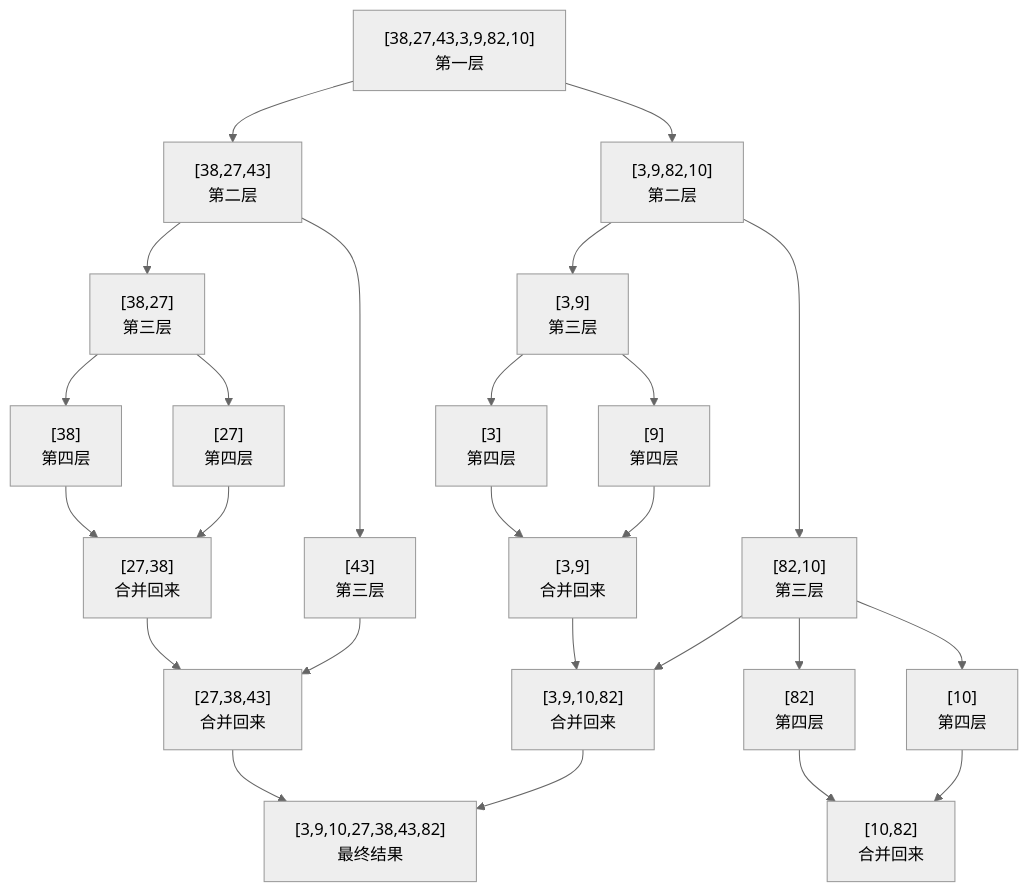
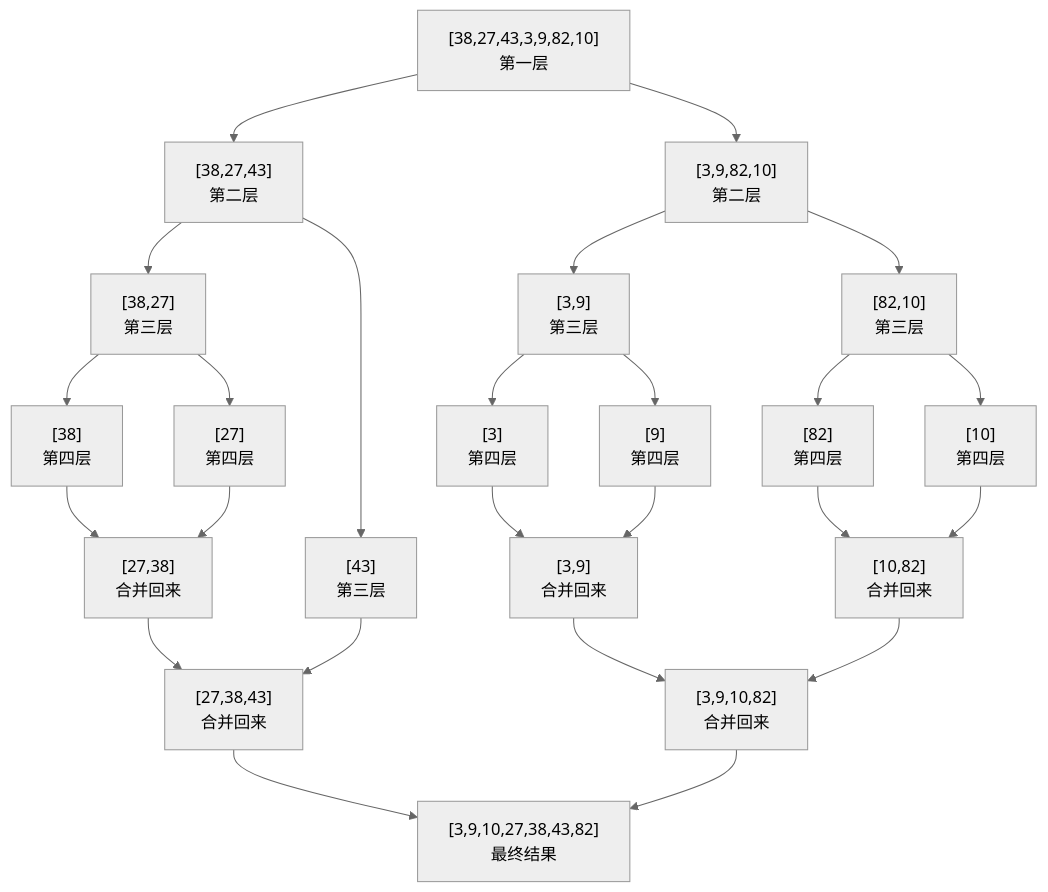
One commit to before80/prgms changed the first of 4 diagrams in content/Python/basic/Chapter-29-Algorithm.md. Above: the diagram before and after it, drawn with Mermaid (neutral theme). The commit also changed other lines of this file and 1645 other files, not shown here.

````diff
--- a/content/Python/basic/Chapter-29-Algorithm.md
+++ b/content/Python/basic/Chapter-29-Algorithm.md
@@ -642,27 +642,27 @@
 ```mermaid
 graph TD
     A["[38,27,43,3,9,82,10]<br/>第一层"] --> B["[38,27,43]<br/>第二层"]
     A --> C["[3,9,82,10]<br/>第二层"]
     B --> D["[38,27]<br/>第三层"]
     B --> E["[43]<br/>第三层"]
     C --> F["[3,9]<br/>第三层"]
     C --> G["[82,10]<br/>第三层"]
     D --> H["[38]<br/>第四层"]
     D --> I["[27]<br/>第四层"]
     F --> J["[3]<br/>第四层"]
     F --> K["[9]<br/>第四层"]
     G --> L["[82]<br/>第四层"]
     G --> M["[10]<br/>第四层"]
     H --> N["[27,38]<br/>合并回来"]
     I --> N
     J --> O["[3,9]<br/>合并回来"]
     K --> O
     L --> P["[10,82]<br/>合并回来"]
     M --> P
     N --> Q["[27,38,43]<br/>合并回来"]
     E --> Q
     O --> R["[3,9,10,82]<br/>合并回来"]
-    G --> R
+    P --> R
     Q --> S["[3,9,10,27,38,43,82]<br/>最终结果"]
     R --> S
 ```
````
